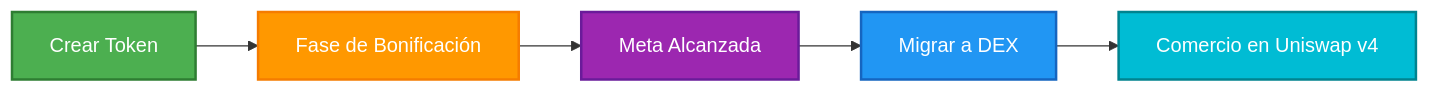
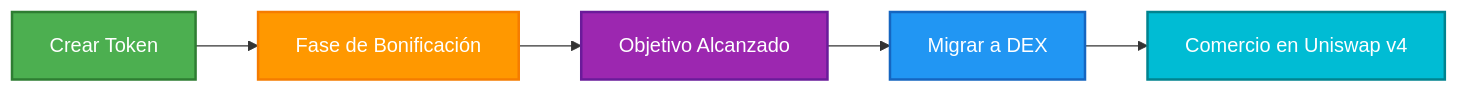
The diagram in docs/es/bondkit/introduction.mdx (b3-fun/b3), drawn with Mermaid before and after one commit. The commit also changed other lines of this file and 52 other files, not shown here.

````diff
--- a/docs/es/bondkit/introduction.mdx
+++ b/docs/es/bondkit/introduction.mdx
@@ -41,13 +41,13 @@
 ```mermaid
 graph LR
     A[Crear Token] --> B[Fase de Bonificación]
-    B --> C[Meta Alcanzada]
+    B --> C[Objetivo Alcanzado]
     C --> D[Migrar a DEX]
     D --> E[Comercio en Uniswap v4]
     
     style A fill:#4CAF50,stroke:#2E7D32,stroke-width:2px,color:#fff
     style B fill:#FF9800,stroke:#F57C00,stroke-width:2px,color:#fff
     style C fill:#9C27B0,stroke:#6A1B9A,stroke-width:2px,color:#fff
     style D fill:#2196F3,stroke:#1565C0,stroke-width:2px,color:#fff
     style E fill:#00BCD4,stroke:#00838F,stroke-width:2px,color:#fff
 ```
````
